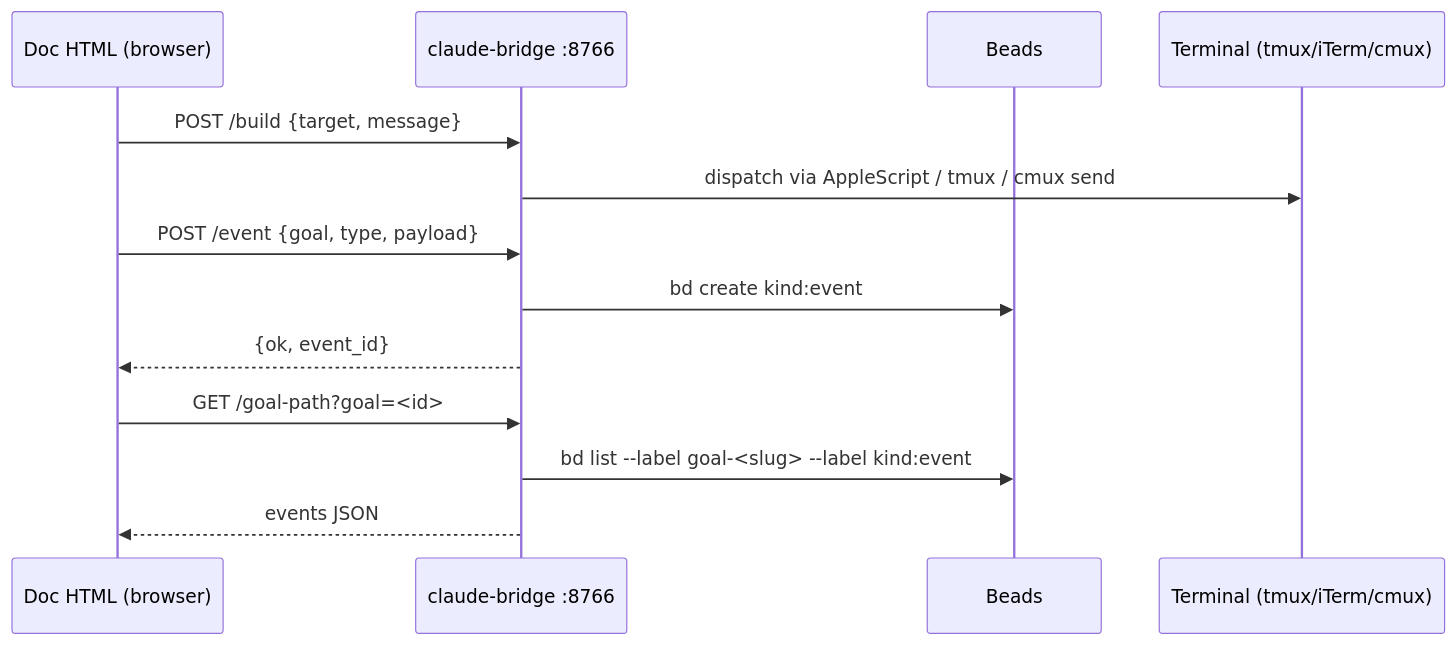
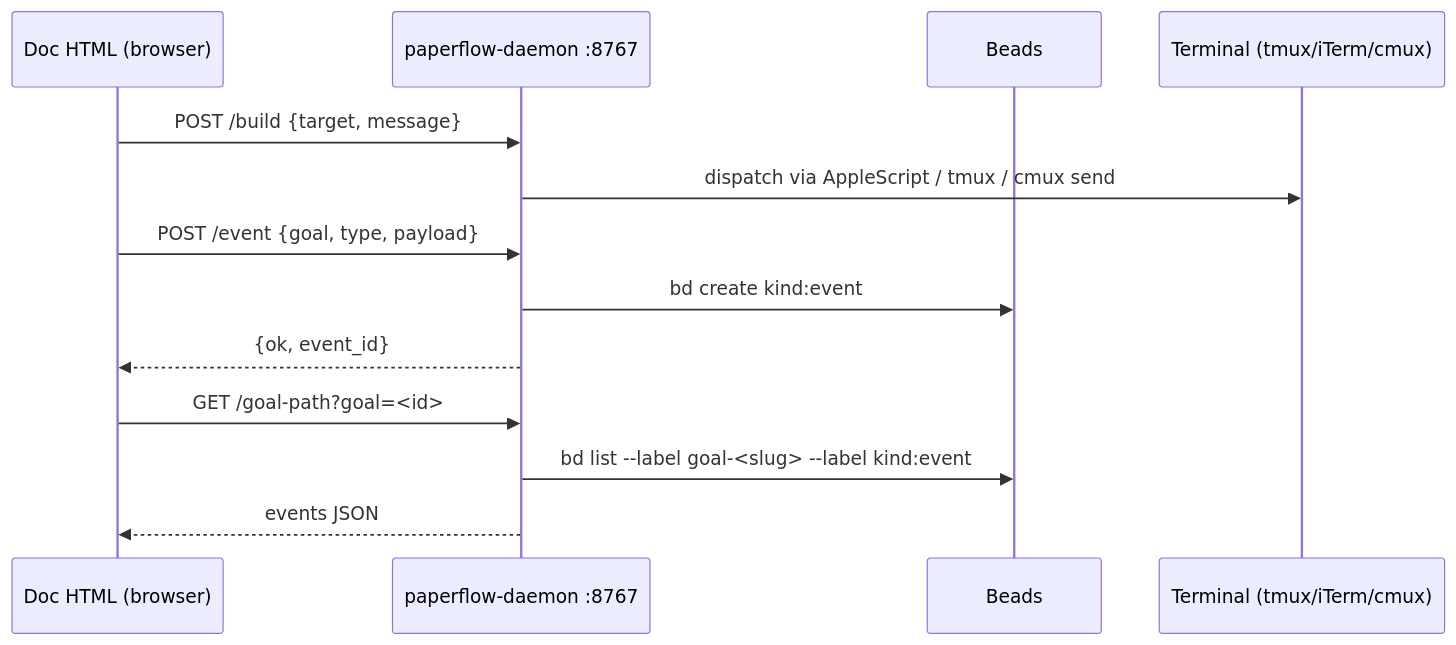
One commit to FRIKKern/paperflow changed the fourth of 4 diagrams in ARCHITECTURE.md. Above: the diagram before and after it, drawn with Mermaid. The commit also changed other lines of this file and 8 other files, not shown here.

````diff
--- a/ARCHITECTURE.md
+++ b/ARCHITECTURE.md
@@ -264,15 +264,15 @@
 ```mermaid
 sequenceDiagram
     participant Browser as Doc HTML (browser)
-    participant Bridge as claude-bridge :8766
+    participant Daemon as paperflow-daemon :8767
     participant Beads
     participant Term as Terminal (tmux/iTerm/cmux)
-    Browser->>Bridge: POST /build {target, message}
-    Bridge->>Term: dispatch via AppleScript / tmux / cmux send
-    Browser->>Bridge: POST /event {goal, type, payload}
-    Bridge->>Beads: bd create kind:event
-    Bridge-->>Browser: {ok, event_id}
-    Browser->>Bridge: GET /goal-path?goal=<id>
-    Bridge->>Beads: bd list --label goal-<slug> --label kind:event
-    Bridge-->>Browser: events JSON
+    Browser->>Daemon: POST /build {target, message}
+    Daemon->>Term: dispatch via AppleScript / tmux / cmux send
+    Browser->>Daemon: POST /event {goal, type, payload}
+    Daemon->>Beads: bd create kind:event
+    Daemon-->>Browser: {ok, event_id}
+    Browser->>Daemon: GET /goal-path?goal=<id>
+    Daemon->>Beads: bd list --label goal-<slug> --label kind:event
+    Daemon-->>Browser: events JSON
 ```
````
